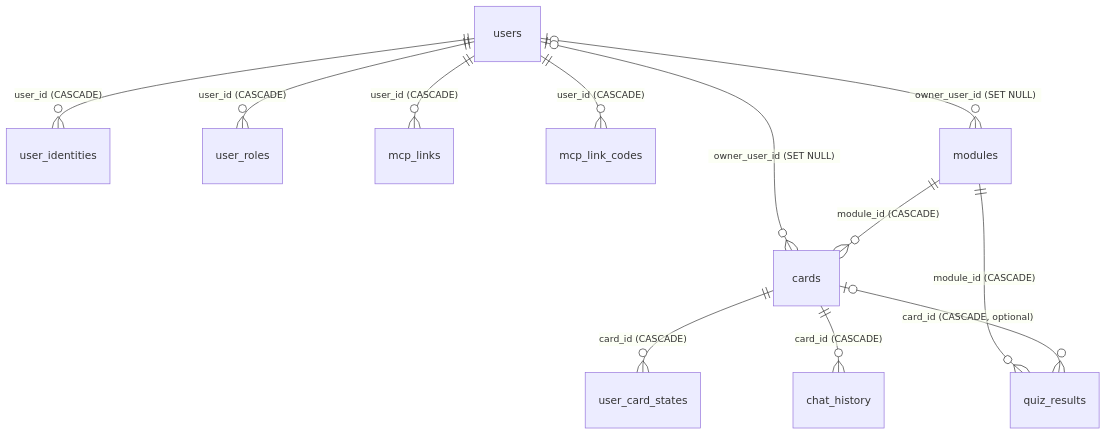
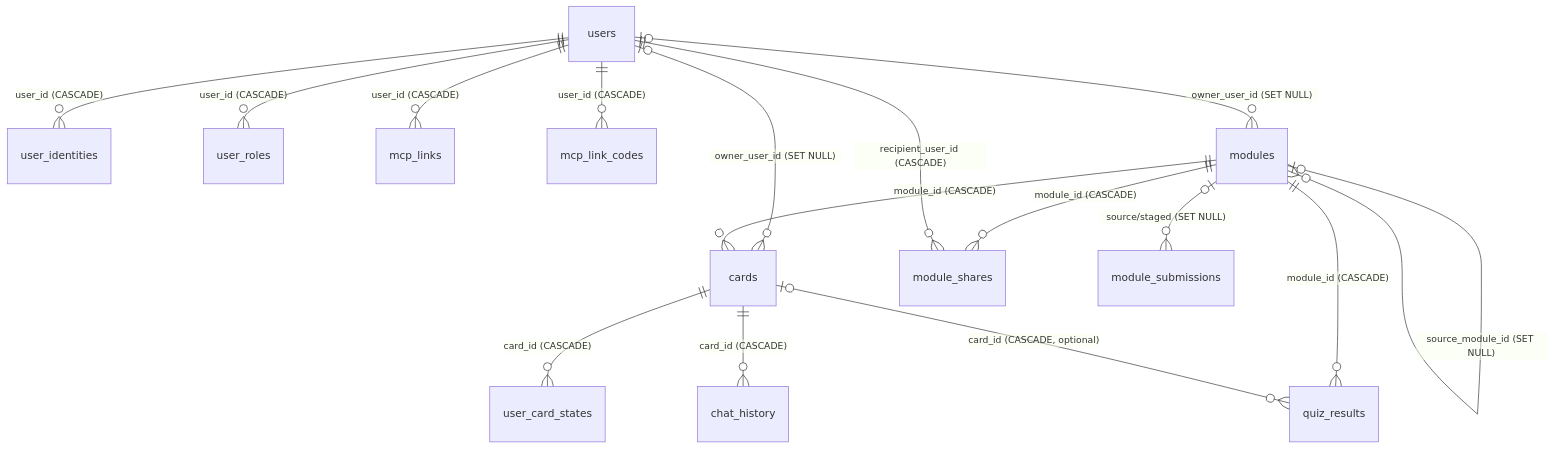
Before and after one commit to JoergBrors/learny: the diagram in docs/database-schema.md, drawn with Mermaid. The commit also changed other lines of this file and 75 other files, not shown here.

````diff
--- a/docs/database-schema.md
+++ b/docs/database-schema.md
@@ -27,14 +28,18 @@
 ```mermaid
 erDiagram
     users ||--o{ user_identities : "user_id (CASCADE)"
     users ||--o{ user_roles : "user_id (CASCADE)"
     users ||--o{ mcp_links : "user_id (CASCADE)"
     users ||--o{ mcp_link_codes : "user_id (CASCADE)"
     users |o--o{ modules : "owner_user_id (SET NULL)"
     users |o--o{ cards : "owner_user_id (SET NULL)"
     modules ||--o{ cards : "module_id (CASCADE)"
+    modules ||--o{ module_shares : "module_id (CASCADE)"
+    users ||--o{ module_shares : "recipient_user_id (CASCADE)"
+    modules |o--o{ module_submissions : "source/staged (SET NULL)"
+    modules |o--o{ modules : "source_module_id (SET NULL)"
     modules ||--o{ quiz_results : "module_id (CASCADE)"
     cards ||--o{ user_card_states : "card_id (CASCADE)"
     cards ||--o{ chat_history : "card_id (CASCADE)"
     cards |o--o{ quiz_results : "card_id (CASCADE, optional)"
 ```
````
